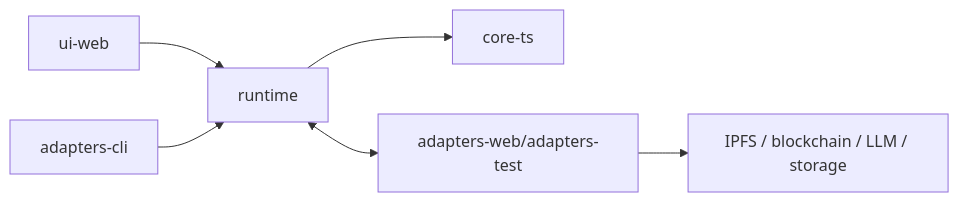
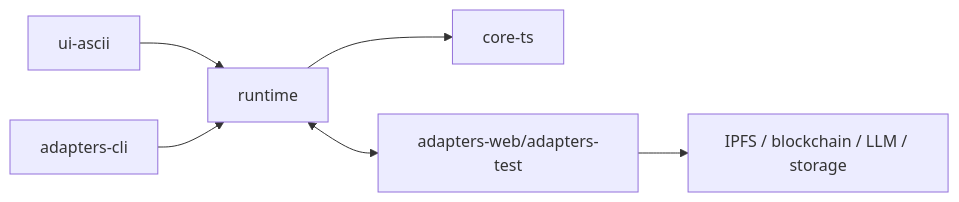
Before and after one commit to KomplexMojo/agent-kernel: the diagram in docs/reference-handout.md, drawn with Mermaid. The commit also changed other lines of this file and 166 other files, not shown here.

````diff
--- a/docs/reference-handout.md
+++ b/docs/reference-handout.md
@@ -5,8 +5,8 @@
 ```mermaid
 flowchart LR
-  UI["ui-web"] --> Runtime["runtime"]
+  UI["ui-ascii"] --> Runtime["runtime"]
   CLI["adapters-cli"] --> Runtime
   Runtime --> Core["core-ts"]
   Runtime <--> Adapters["adapters-web/adapters-test"]
   Adapters --> External["IPFS / blockchain / LLM / storage"]
 ```
````
